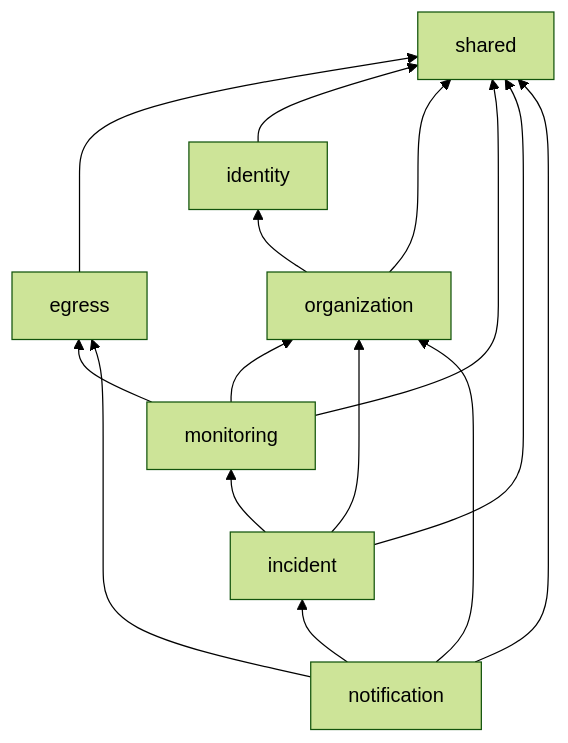
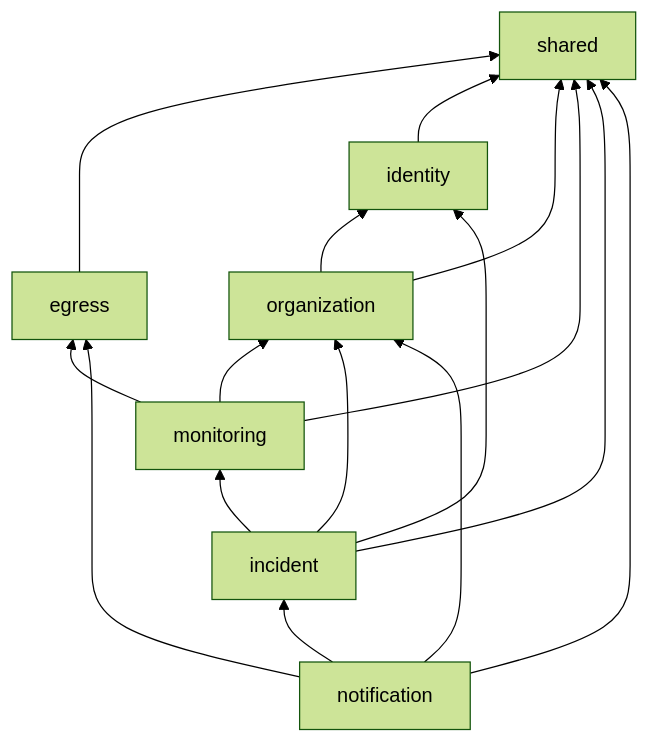
One commit to RicardoOrd/opswatch changed the diagram in docs/architecture/modules.md. Above: the diagram before and after it, drawn with Mermaid (forest theme). The commit also changed other lines of this file and 20 other files, not shown here.

First line of the commit message:
feat(incident): listado, detalle con timeline y acknowledge de incidentes (OW-033) (#95)

````diff
--- a/docs/architecture/modules.md
+++ b/docs/architecture/modules.md
@@ -82,18 +83,19 @@
 ```mermaid
 flowchart BT
     shared
     egress --> shared
     identity --> shared
     organization --> identity
     organization --> shared
     monitoring --> organization
     monitoring --> egress
     monitoring --> shared
     incident --> monitoring
     incident --> organization
+    incident --> identity
     incident --> shared
     notification --> incident
     notification --> organization
     notification --> egress
     notification --> shared
 ```
````
